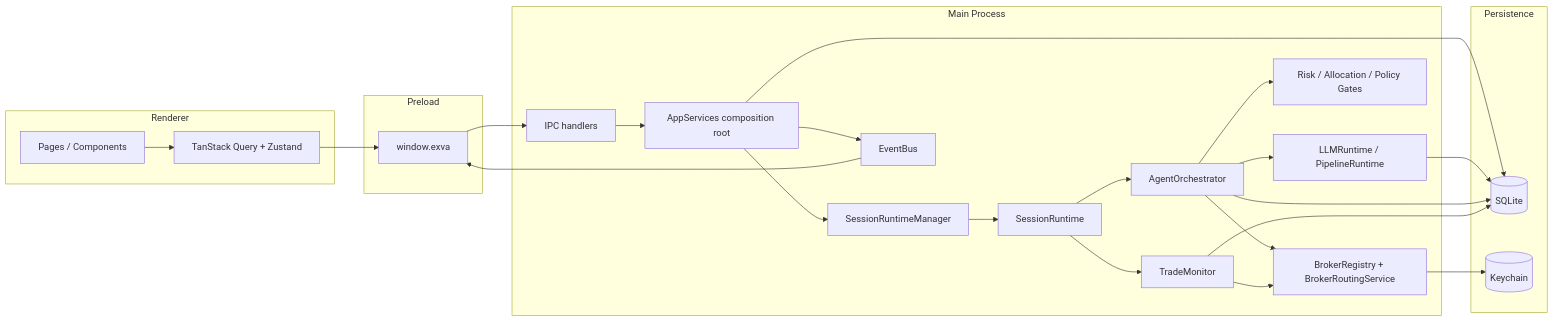
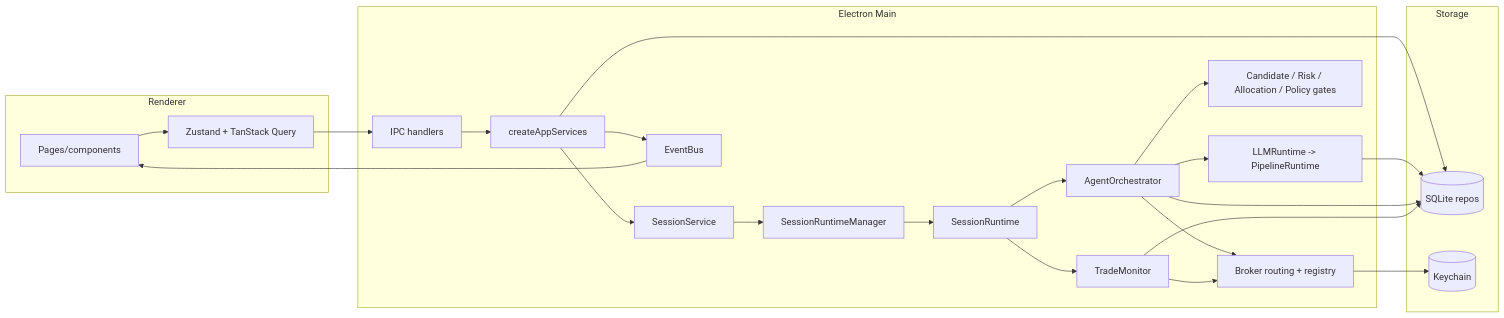
The second of 14 diagrams in docs/architecture/ai-runtime.md (KennethAtchon/Exva), drawn with Mermaid before and after one commit. The commit also changed other lines of this file and 11 other files, not shown here.

````diff
--- a/docs/architecture/ai-runtime.md
+++ b/docs/architecture/ai-runtime.md
@@ -86,40 +68,39 @@
 ```mermaid
 graph LR
     subgraph Renderer["Renderer"]
-        UI["Pages / Components"]
-        Stores["TanStack Query + Zustand"]
+        UI["Pages/components"]
+        Stores["Zustand + TanStack Query"]
     end
-    subgraph Preload["Preload"]
-        API["window.exva"]
+    subgraph Main["Electron Main"]
+        IPC["IPC handlers"]
+        AppServices["createAppServices"]
+        SessionSvc["SessionService"]
+        RuntimeManager["SessionRuntimeManager"]
+        Runtime["SessionRuntime"]
+        Orchestrator["AgentOrchestrator"]
+        Monitor["TradeMonitor"]
+        AIService["LLMRuntime -> PipelineRuntime"]
+        Gates["Candidate / Risk / Allocation / Policy gates"]
+        Broker["Broker routing + registry"]
+        Bus["EventBus"]
     end
-    subgraph Main["Main Process"]
-        IPC["IPC handlers"]
-        Services["AppServices composition root"]
-        SRM["SessionRuntimeManager"]
-        Runtime["SessionRuntime"]
-        AO["AgentOrchestrator"]
-        TM["TradeMonitor"]
-        AIR["LLMRuntime / PipelineRuntime"]
-        Gates["Risk / Allocation / Policy Gates"]
-        Broker["BrokerRegistry + BrokerRoutingService"]
-        EB["EventBus"]
-    end
-    subgraph Persistence["Persistence"]
-        SQLite[("SQLite")]
-        Keychain[("Keychain")]
+    subgraph Storage["Storage"]
+        DB[("SQLite repos")]
+        Secrets[("Keychain")]
     end
 
-    UI --> Stores --> API --> IPC --> Services
-    Services --> SRM --> Runtime
-    Runtime --> AO --> AIR
-    Runtime --> TM
-    AO --> Gates
-    AO --> Broker
-    TM --> Broker
-    Services --> SQLite
-    AIR --> SQLite
-    AO --> SQLite
-    TM --> SQLite
-    Broker --> Keychain
-    Services --> EB --> API
+    UI --> Stores --> IPC
+    IPC --> AppServices
+    AppServices --> SessionSvc
+    SessionSvc --> RuntimeManager --> Runtime
+    Runtime --> Orchestrator --> AIService
+    Orchestrator --> Gates
+    Orchestrator --> Broker
+    Runtime --> Monitor --> Broker
+    AppServices --> DB
+    AIService --> DB
+    Orchestrator --> DB
+    Monitor --> DB
+    Broker --> Secrets
+    AppServices --> Bus --> UI
 ```
````
